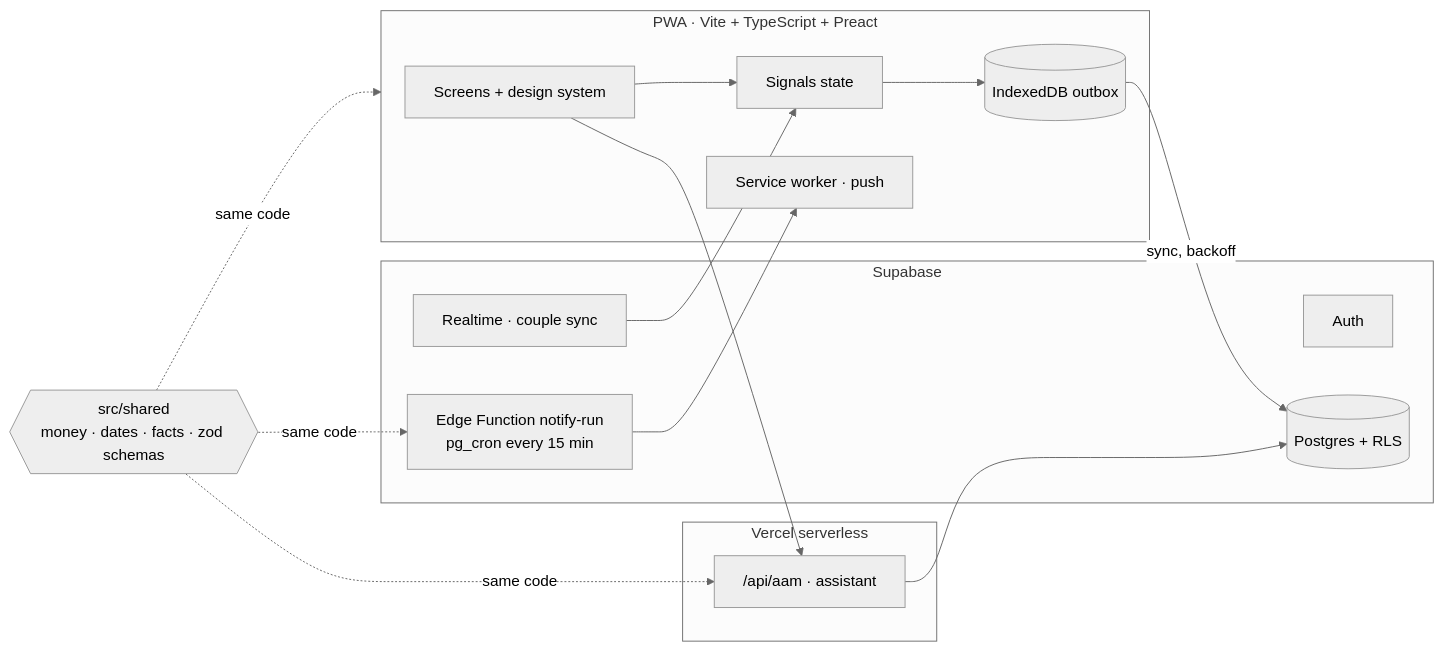
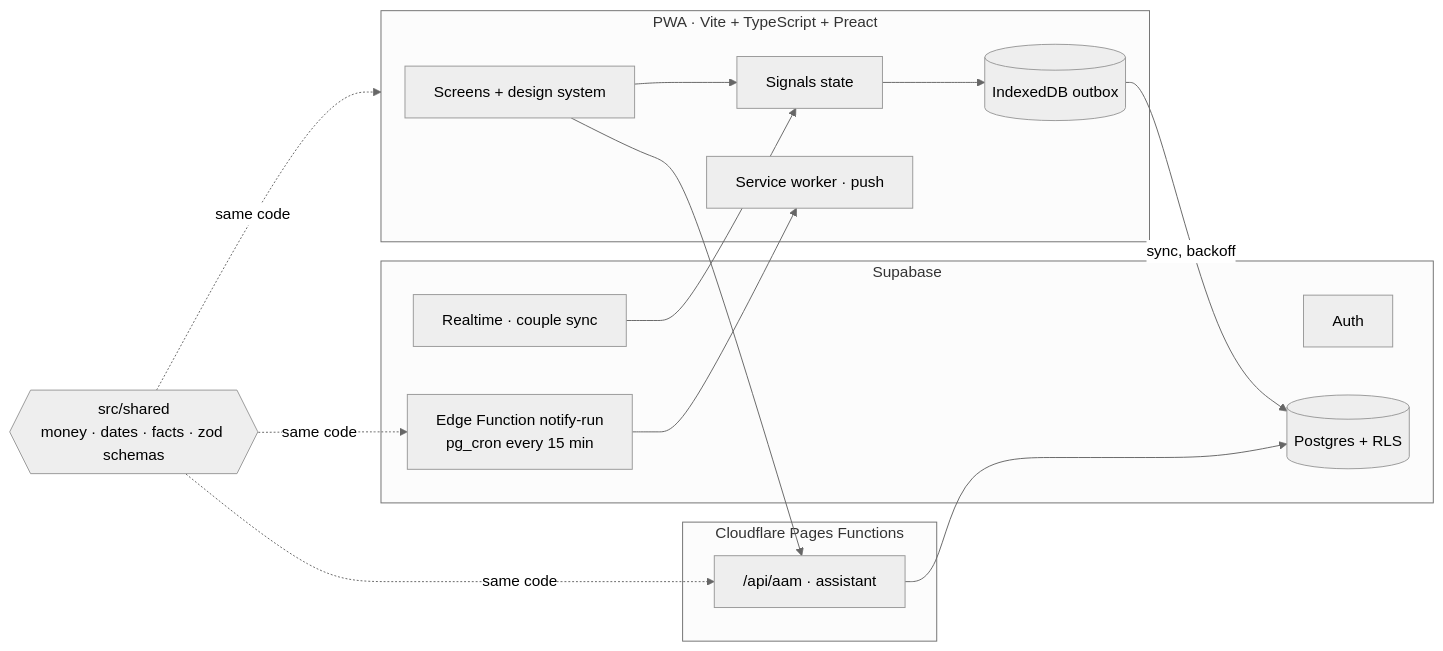
Before and after one commit to Ruudgullit1920/stouchi: the third of 3 diagrams in README.md, drawn with Mermaid (neutral theme). The commit also changed other lines of this file and 40 other files, not shown here.

First line of the commit message:
Phase 7 : session B′ — Cloudflare Pages, PostHog pour les erreurs, E2E stabilisés

````diff
--- a/README.md
+++ b/README.md
@@ -247,26 +247,26 @@
 ```mermaid
 flowchart LR
   subgraph Client["PWA · Vite + TypeScript + Preact"]
     UI[Screens + design system]
     ST[Signals state]
     OB[(IndexedDB outbox)]
     SW[Service worker · push]
   end
-  subgraph Vercel["Vercel serverless"]
+  subgraph CF["Cloudflare Pages Functions"]
     AAM["/api/aam · assistant"]
   end
   subgraph Supa["Supabase"]
     AUTH[Auth]
     PG[(Postgres + RLS)]
     RT[Realtime · couple sync]
     EF["Edge Function notify-run<br/>pg_cron every 15 min"]
   end
   SH{{"src/shared<br/>money · dates · facts · zod schemas"}}
   UI --> ST --> OB -->|sync, backoff| PG
   UI --> AAM --> PG
   RT --> ST
   EF --> SW
   SH -.same code.-> Client
   SH -.same code.-> AAM
   SH -.same code.-> EF
 ```
````
